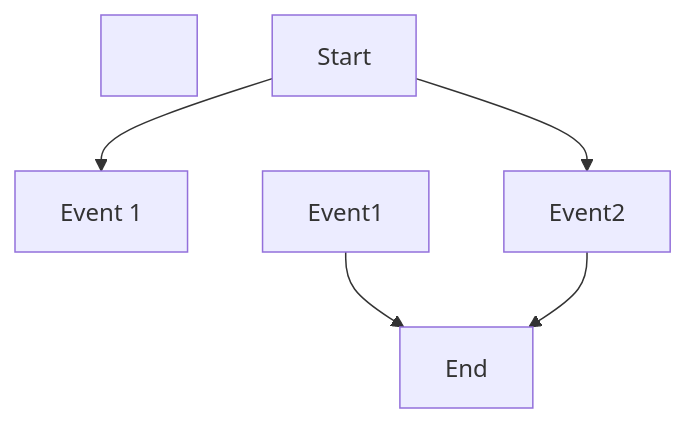
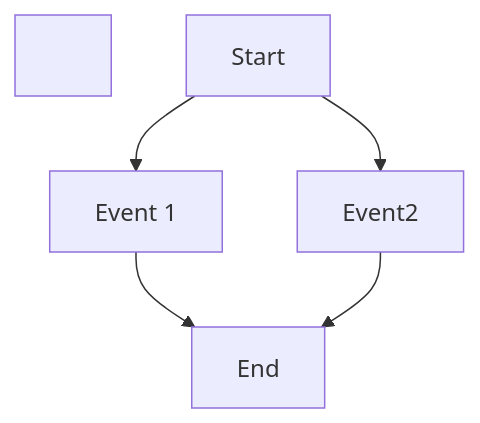
One commit to LbsLundAW/DiceGame-Examples changed the diagram in README.md. Above: the diagram before and after it, drawn with Mermaid.

````diff
--- a/README.md
+++ b/README.md
@@ -7,13 +7,13 @@
 ```mermaid
 
 flowchart TD;
 
 &nbsp;	Start-->Event1\[Event 1];
 
 &nbsp;	Start-->Event2;
 
-&nbsp;	Event1-->End;
+&nbsp;	Event1\[Event 1]-->End;
 
 &nbsp;	Event2-->End;
 
 ```
````
